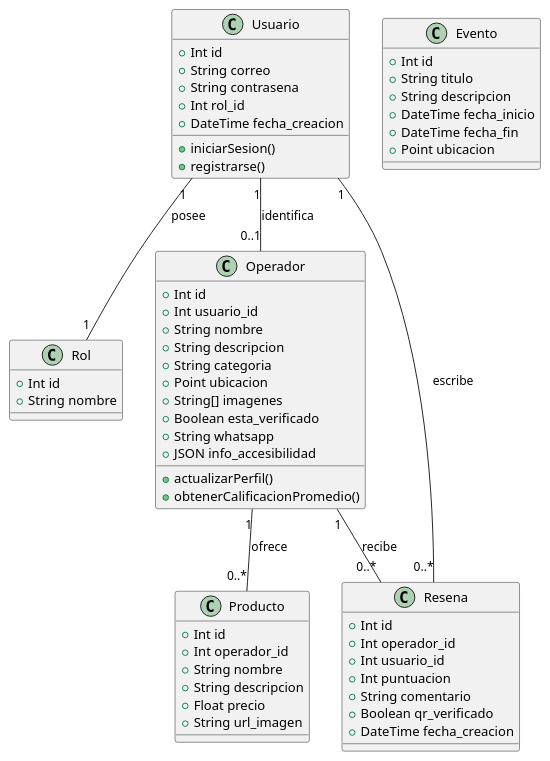
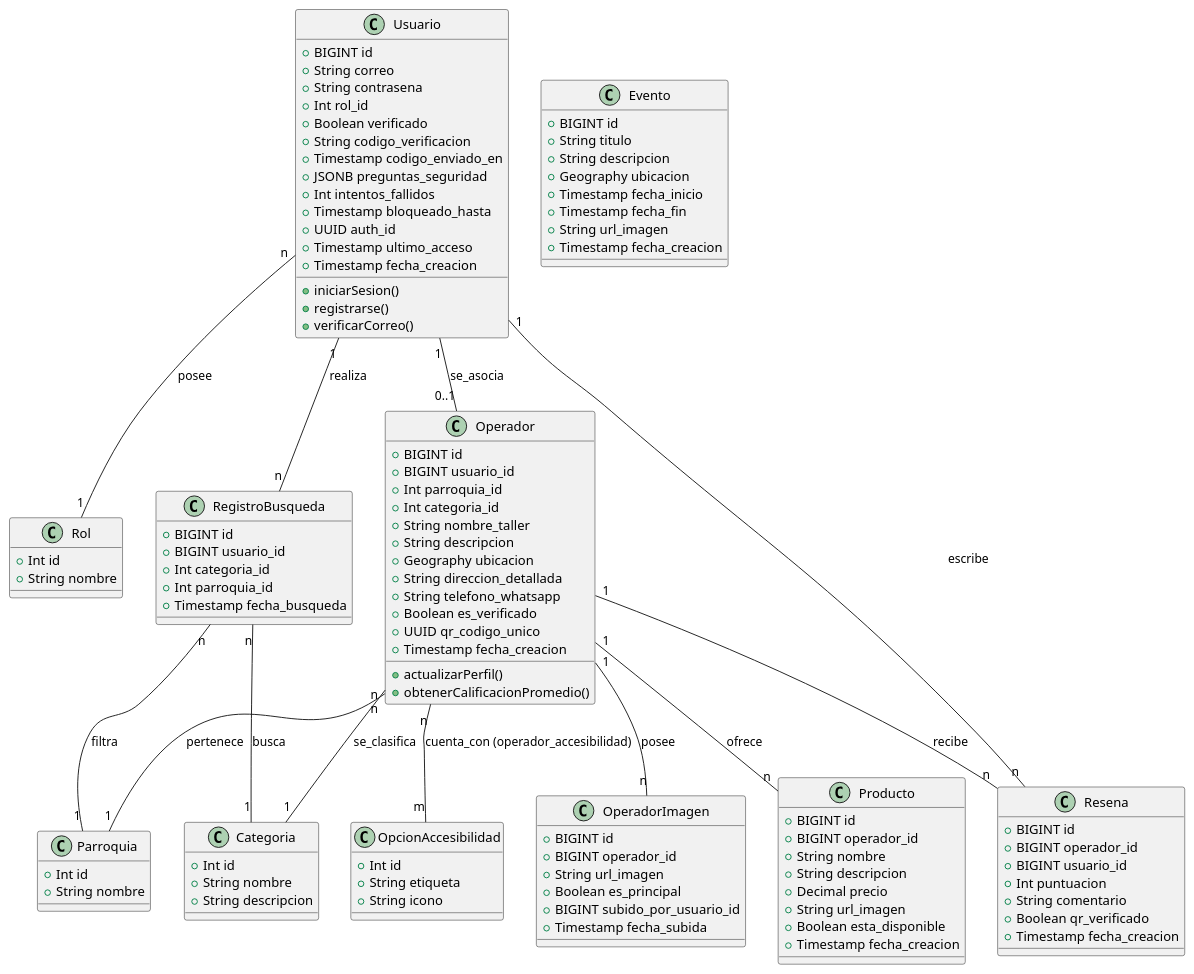
The second of 3 diagrams in documentation/uml_diagrams.md (Roses04/guaike.diaz), drawn with PlantUML before and after one commit. The commit also changed other lines of this file and 2 other files, not shown here.

First line of the commit message:
DB: add user fields & auth trigger; update docs

````diff
--- a/documentation/uml_diagrams.md
+++ b/documentation/uml_diagrams.md
@@ -52,13 +54,22 @@
 ```plantuml
 @startuml
 class Usuario {
-    +Int id
+    +BIGINT id
     +String correo
     +String contrasena
     +Int rol_id
-    +DateTime fecha_creacion
+    +Boolean verificado
+    +String codigo_verificacion
+    +Timestamp codigo_enviado_en
+    +JSONB preguntas_seguridad
+    +Int intentos_fallidos
+    +Timestamp bloqueado_hasta
+    +UUID auth_id
+    +Timestamp ultimo_acceso
+    +Timestamp fecha_creacion
     +iniciarSesion()
     +registrarse()
+    +verificarCorreo()
 }
 
 class Rol {
@@ -66,53 +77,100 @@
     +String nombre
 }
 
-class Operador {
+class Parroquia {
     +Int id
-    +Int usuario_id
+    +String nombre
+}
+
+class Categoria {
+    +Int id
     +String nombre
     +String descripcion
-    +String categoria
-    +Point ubicacion
-    +String[] imagenes
-    +Boolean esta_verificado
-    +String whatsapp
-    +JSON info_accesibilidad
+}
+
+class OpcionAccesibilidad {
+    +Int id
+    +String etiqueta
+    +String icono
+}
+
+class Operador {
+    +BIGINT id
+    +BIGINT usuario_id
+    +Int parroquia_id
+    +Int categoria_id
+    +String nombre_taller
+    +String descripcion
+    +Geography ubicacion
+    +String direccion_detallada
+    +String telefono_whatsapp
+    +Boolean es_verificado
+    +UUID qr_codigo_unico
+    +Timestamp fecha_creacion
     +actualizarPerfil()
     +obtenerCalificacionPromedio()
 }
 
+class OperadorImagen {
+    +BIGINT id
+    +BIGINT operador_id
+    +String url_imagen
+    +Boolean es_principal
+    +BIGINT subido_por_usuario_id
+    +Timestamp fecha_subida
+}
+
 class Producto {
-    +Int id
-    +Int operador_id
+    +BIGINT id
+    +BIGINT operador_id
     +String nombre
     +String descripcion
-    +Float precio
+    +Decimal precio
     +String url_imagen
+    +Boolean esta_disponible
+    +Timestamp fecha_creacion
 }
 
 class Resena {
-    +Int id
-    +Int operador_id
-    +Int usuario_id
+    +BIGINT id
+    +BIGINT operador_id
+    +BIGINT usuario_id
     +Int puntuacion
     +String comentario
     +Boolean qr_verificado
-    +DateTime fecha_creacion
+    +Timestamp fecha_creacion
 }
 
 class Evento {
-    +Int id
+    +BIGINT id
     +String titulo
     +String descripcion
-    +DateTime fecha_inicio
-    +DateTime fecha_fin
-    +Point ubicacion
+    +Geography ubicacion
+    +Timestamp fecha_inicio
+    +Timestamp fecha_fin
+    +String url_imagen
+    +Timestamp fecha_creacion
 }
 
-Usuario "1" -- "1" Rol : posee
-Usuario "1" -- "0..1" Operador : identifica
-Operador "1" -- "0..*" Producto : ofrece
-Operador "1" -- "0..*" Resena : recibe
-Usuario "1" -- "0..*" Resena : escribe
+class RegistroBusqueda {
+    +BIGINT id
+    +BIGINT usuario_id
+    +Int categoria_id
+    +Int parroquia_id
+    +Timestamp fecha_busqueda
+}
+
+Usuario "n" -- "1" Rol : posee
+Usuario "1" -- "0..1" Operador : se_asocia
+Operador "n" -- "1" Parroquia : pertenece
+Operador "n" -- "1" Categoria : se_clasifica
+Operador "1" -- "n" OperadorImagen : posee
+Operador "1" -- "n" Producto : ofrece
+Operador "1" -- "n" Resena : recibe
+Usuario "1" -- "n" Resena : escribe
+Operador "n" -- "m" OpcionAccesibilidad : cuenta_con (operador_accesibilidad)
+Usuario "1" -- "n" RegistroBusqueda : realiza
+RegistroBusqueda "n" -- "1" Categoria : busca
+RegistroBusqueda "n" -- "1" Parroquia : filtra
 @enduml
 ```
````
